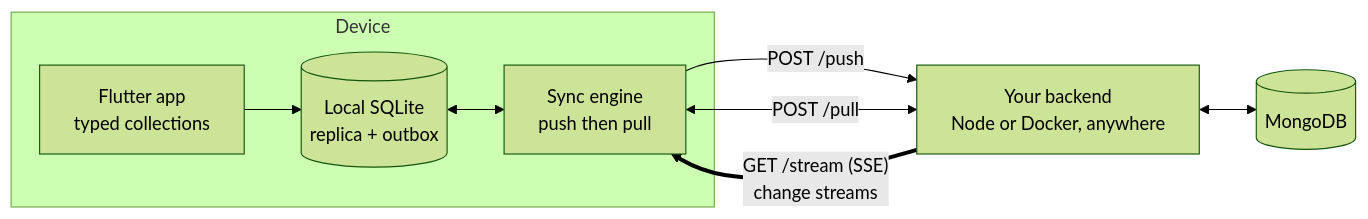
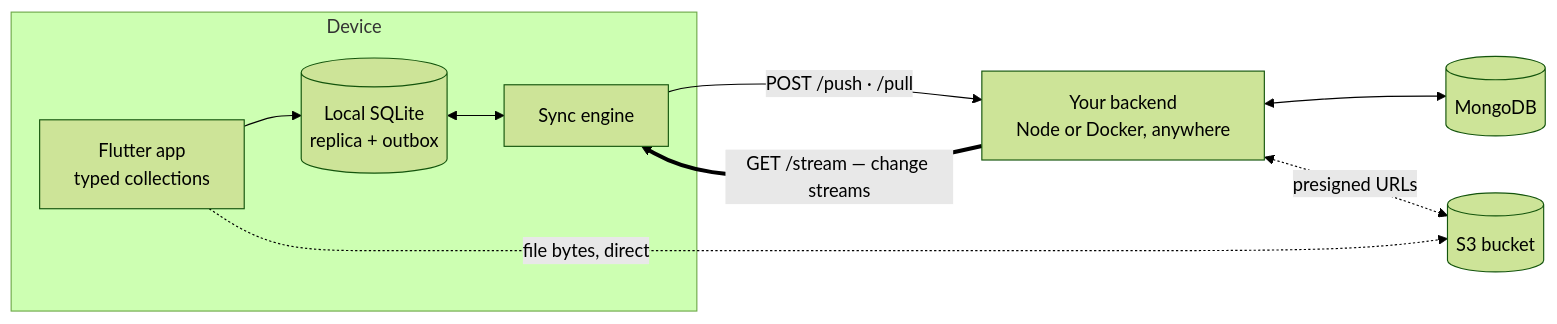
The diagram in README.md (ybenjaa-dev/onebase), drawn with Mermaid (forest theme) before and after one commit. The commit also changed other lines of this file and 2 other files, not shown here.

````diff
--- a/README.md
+++ b/README.md
@@ -41,11 +40,12 @@
 ```mermaid
 flowchart LR
     subgraph Device
         A[Flutter app<br/>typed collections] --> B[(Local SQLite<br/>replica + outbox)]
-        B <--> S[Sync engine<br/>push then pull]
+        B <--> S[Sync engine]
     end
-    S -->|"POST /push"| D[Your backend<br/>Node or Docker, anywhere]
-    S <-->|"POST /pull"| D
-    D ==>|"GET /stream (SSE)<br/>change streams"| S
+    S -->|"POST /push · /pull"| D[Your backend<br/>Node or Docker, anywhere]
+    D ==>|"GET /stream — change streams"| S
     D <--> E[(MongoDB)]
+    D <-.->|presigned URLs| F[(S3 bucket)]
+    A -.->|file bytes, direct| F
 ```
````
